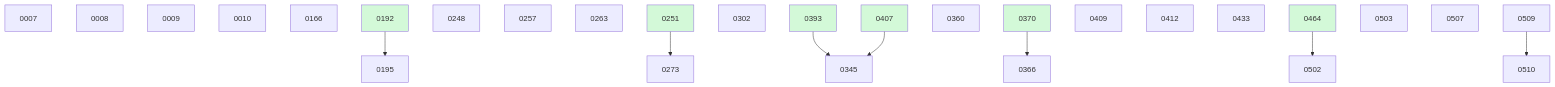
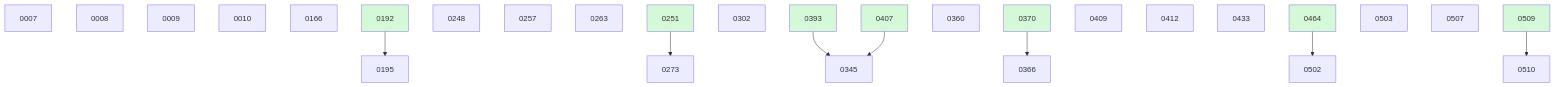
The diagram in docs/changes/BOARD.md (danielhanold/docket), drawn with Mermaid before and after one commit. The commit also changed other lines of this file and 2 other files, not shown here.

First line of the commit message:
change 0509 closed out (done, archived)

````diff
--- a/docs/changes/BOARD.md
+++ b/docs/changes/BOARD.md
@@ -52,33 +46,33 @@
 ```mermaid
 graph TD
   0007
   0008
   0009
   0010
   0166
   0192 --> 0195
   0248
   0257
   0263
   0251 --> 0273
   0302
   0393 --> 0345
   0407 --> 0345
   0360
   0370 --> 0366
   0409
   0412
   0433
   0464 --> 0502
   0503
   0507
-  0509
   0509 --> 0510
   0192:::done
   0251:::done
   0370:::done
   0393:::done
   0407:::done
   0464:::done
+  0509:::done
   classDef done fill:#d3f9d8;
 ```
````
